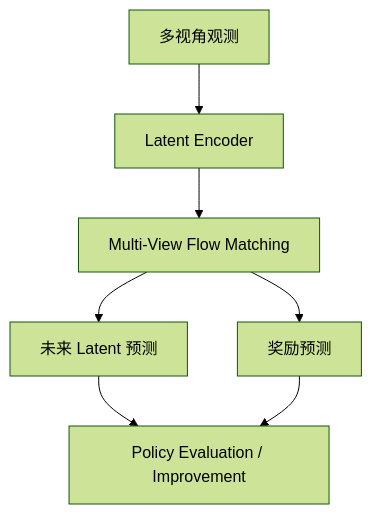
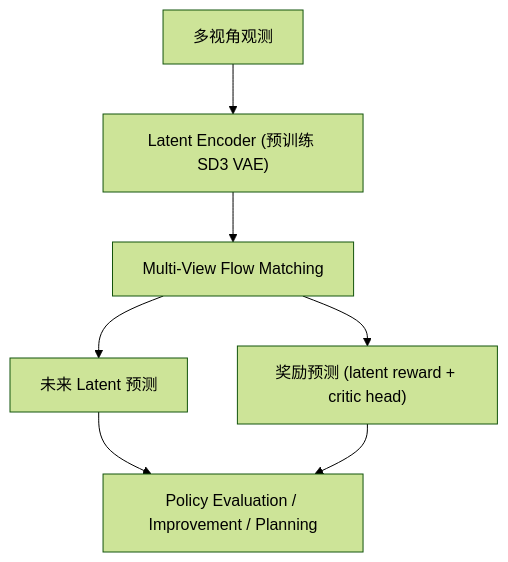
The diagram in notes/world-model/weaver.md (luohu-arch/physical_intelligence_study), drawn with Mermaid (forest theme) before and after one commit. The commit also changed other lines of this file and 108 other files, not shown here.

````diff
--- a/notes/world-model/weaver.md
+++ b/notes/world-model/weaver.md
@@ -21,9 +21,9 @@
 ```mermaid
 graph TD
-    OBS["多视角观测"] --> ENC["Latent Encoder"]
+    OBS["多视角观测"] --> ENC["Latent Encoder (预训练 SD3 VAE)"]
     ENC --> FM["Multi-View Flow Matching"]
     FM --> FUTURE["未来 Latent 预测"]
-    FM --> REWARD["奖励预测"]
-    FUTURE --> POLICY["Policy Evaluation / Improvement"]
+    FM --> REWARD["奖励预测 (latent reward + critic head)"]
+    FUTURE --> POLICY["Policy Evaluation / Improvement / Planning"]
     REWARD --> POLICY
 ```
````
